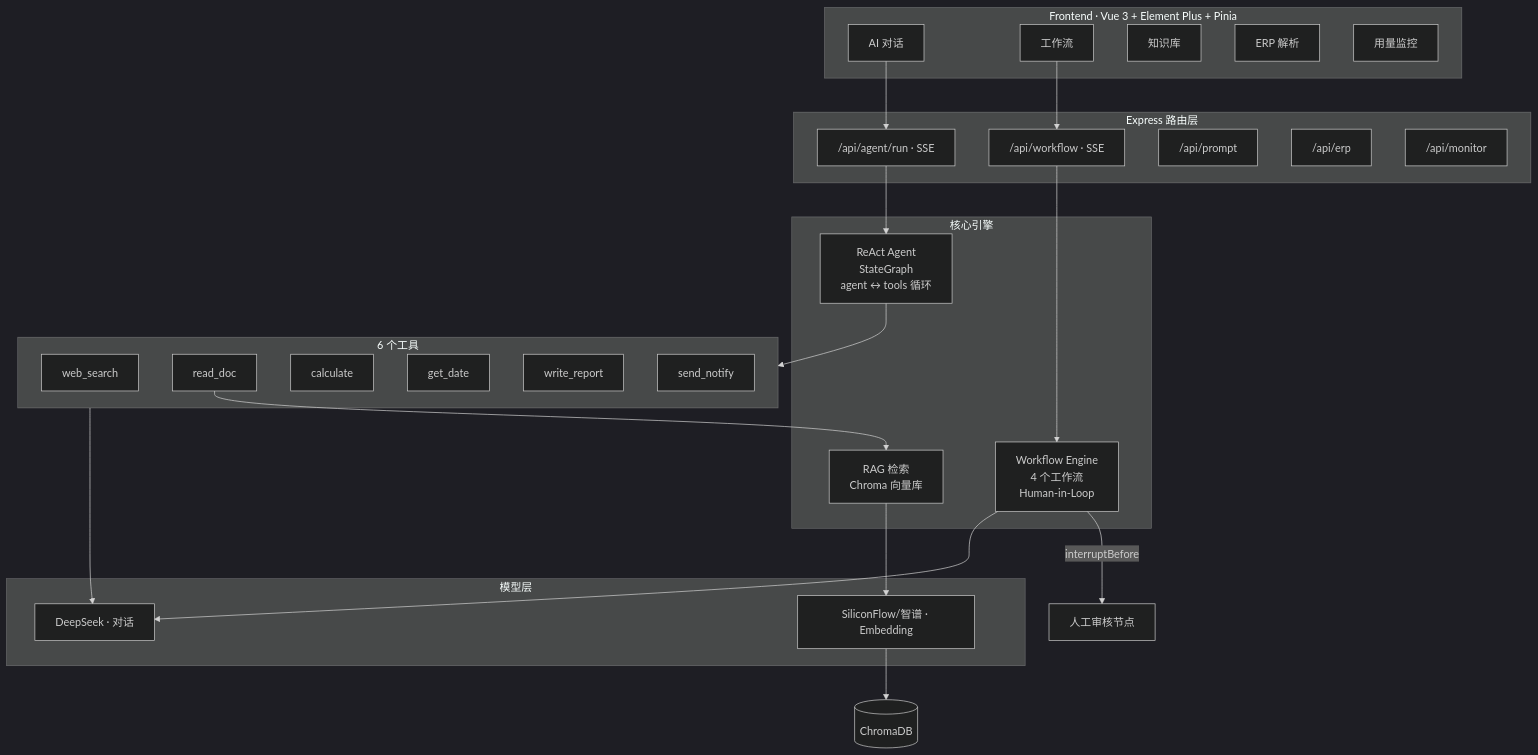
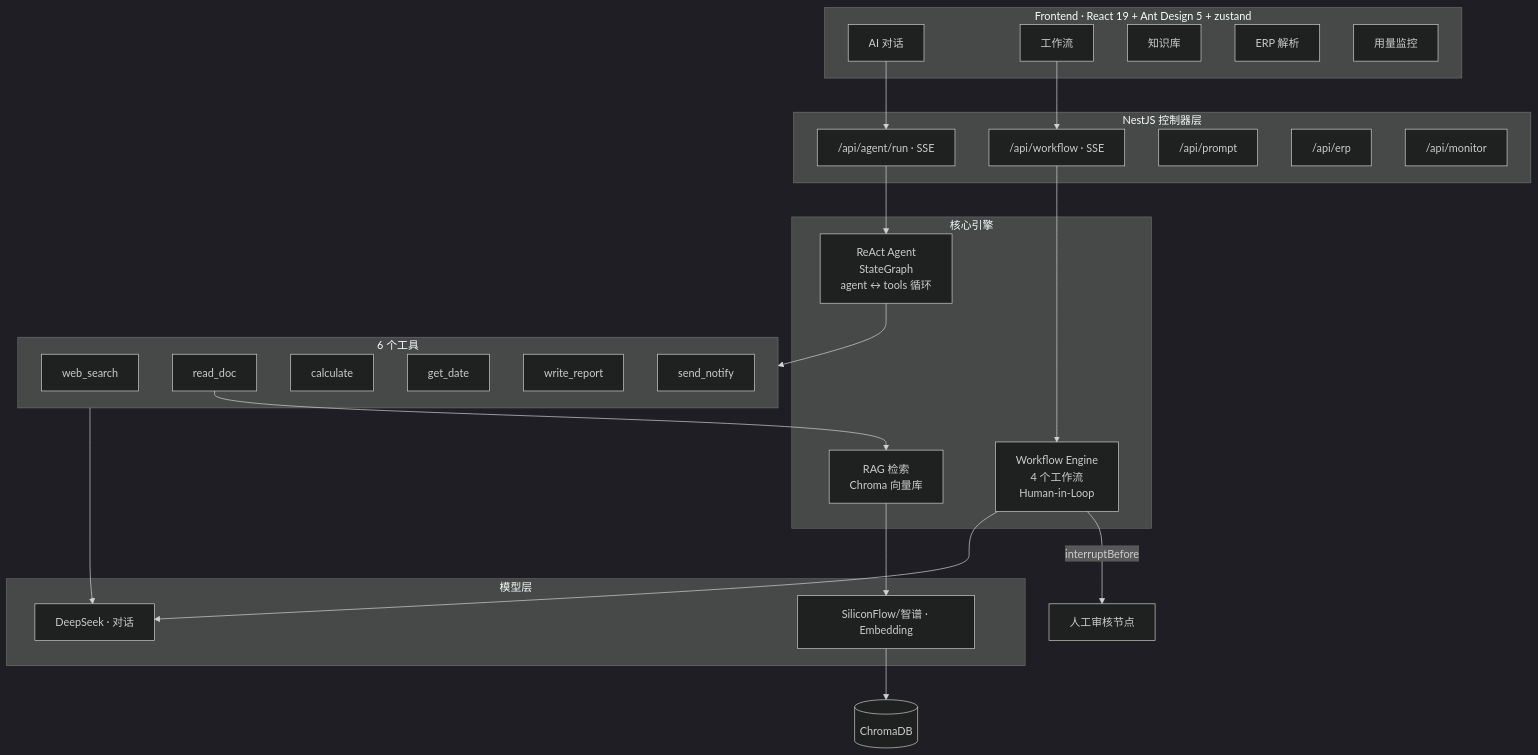
Before and after one commit to hhhh95279527/workmind: the diagram in README.md, drawn with Mermaid (dark theme). The commit also changed other lines of this file and 215 other files, not shown here.

Commit message:
feat: 前端迁移 React 19 + 后端重构 NestJS/TypeScript，新增合同风险审查（规则引擎 + LangGraph HITL + SSE）

````diff
--- a/README.md
+++ b/README.md
@@ -18,44 +18,44 @@
 ```mermaid
 graph TB
-    subgraph Frontend["Frontend · Vue 3 + Element Plus + Pinia"]
+    subgraph Frontend["Frontend · React 19 + Ant Design 5 + zustand"]
         AGENT_UI[AI 对话]
         WF_UI[工作流]
         KNOWLEDGE_UI[知识库]
         ERP_UI[ERP 解析]
         MONITOR_UI[用量监控]
     end
 
-    subgraph Routes["Express 路由层"]
+    subgraph Routes["NestJS 控制器层"]
         AGENT_R["/api/agent/run · SSE"]
         WF_R["/api/workflow · SSE"]
         PROMPT_R["/api/prompt"]
         ERP_R["/api/erp"]
         MONITOR_R["/api/monitor"]
     end
 
     subgraph Engine["核心引擎"]
         REACT["ReAct Agent<br/>StateGraph<br/>agent ↔ tools 循环"]
         WORKFLOWS["Workflow Engine<br/>4 个工作流<br/>Human-in-Loop"]
         RAG["RAG 检索<br/>Chroma 向量库"]
     end
 
     subgraph Tools["6 个工具"]
         SEARCH[web_search]
         DOC[read_doc]
         CALC[calculate]
         DATE[get_date]
         REPORT[write_report]
         NOTIFY[send_notify]
     end
 
     subgraph Models["模型层"]
         DS[DeepSeek · 对话]
         EMBED[SiliconFlow/智谱 · Embedding]
     end
 
     AGENT_UI --> AGENT_R --> REACT
     REACT --> Tools --> DS
     DOC --> RAG --> EMBED --> CHROMA[(ChromaDB)]
     WF_UI --> WF_R --> WORKFLOWS --> DS
     WORKFLOWS -- interruptBefore --> HUMAN[人工审核节点]
 ```
````
